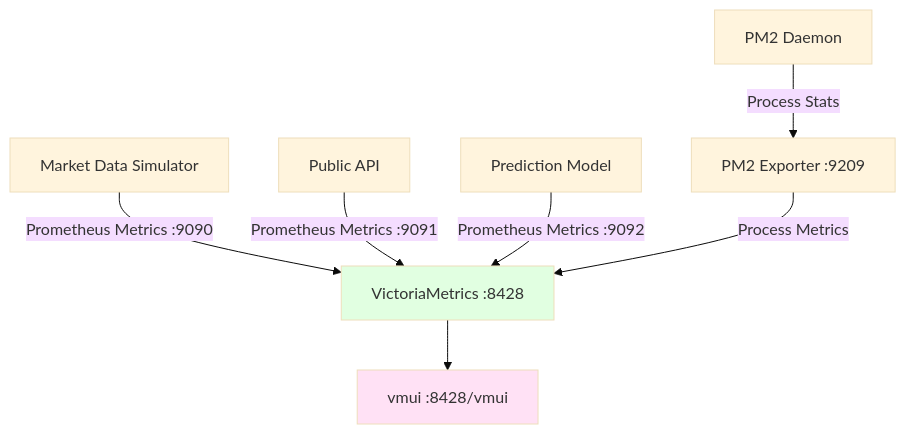
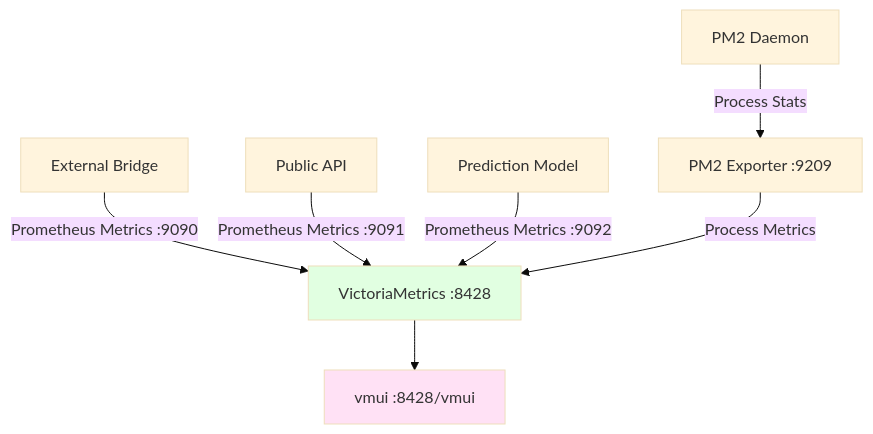
The third of 3 diagrams in docs/005_monitoring_victoria.md (schulmacher/krupton), drawn with Mermaid (base theme) before and after one commit. The commit also changed other lines of this file and 22 other files, not shown here.

````diff
--- a/docs/005_monitoring_victoria.md
+++ b/docs/005_monitoring_victoria.md
@@ -244,14 +244,14 @@
 ```mermaid
 graph TB
-    A[Market Data Simulator] -->|Prometheus Metrics :9090| E[VictoriaMetrics :8428]
+    A[External Bridge] -->|Prometheus Metrics :9090| E[VictoriaMetrics :8428]
     B[Public API] -->|Prometheus Metrics :9091| E
     C[Prediction Model] -->|Prometheus Metrics :9092| E
     D[PM2 Exporter :9209] -->|Process Metrics| E
     
     E --> F[vmui :8428/vmui]
     
     H[PM2 Daemon] -->|Process Stats| D
     
     style E fill:#e1ffe1
     style F fill:#ffe1f5
 ```
````
